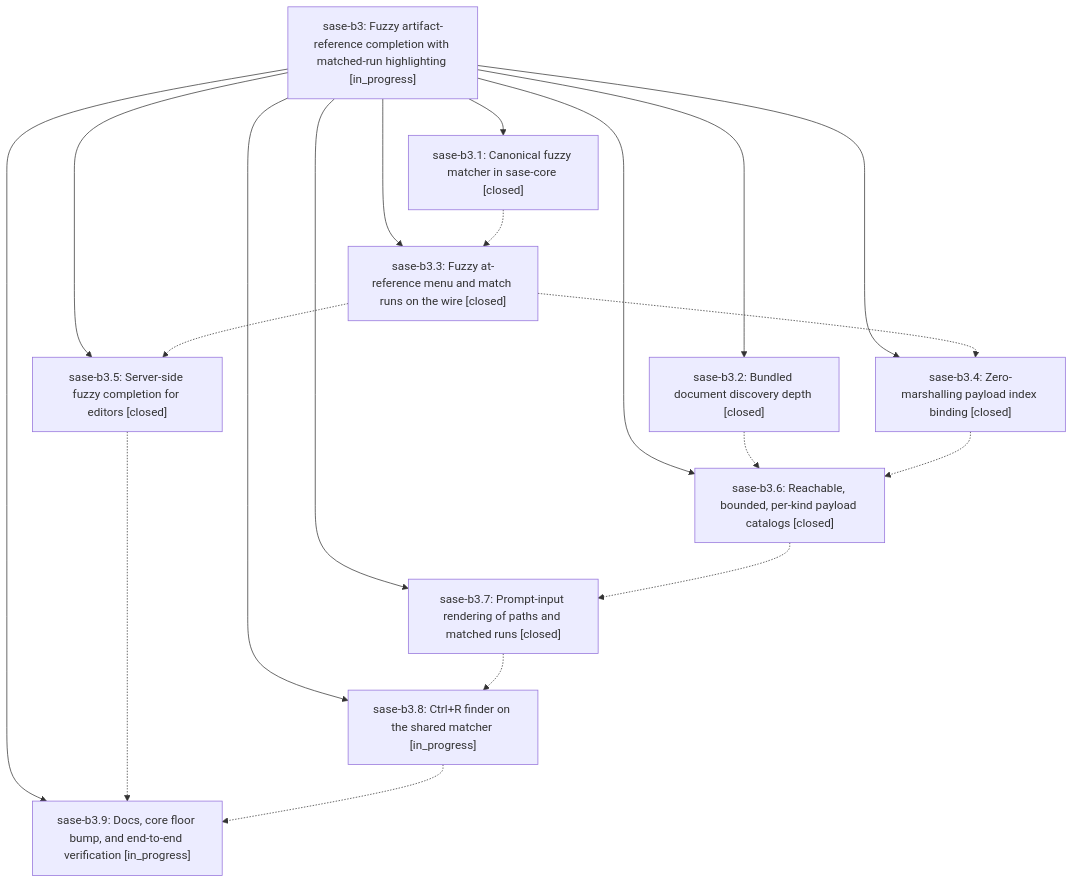
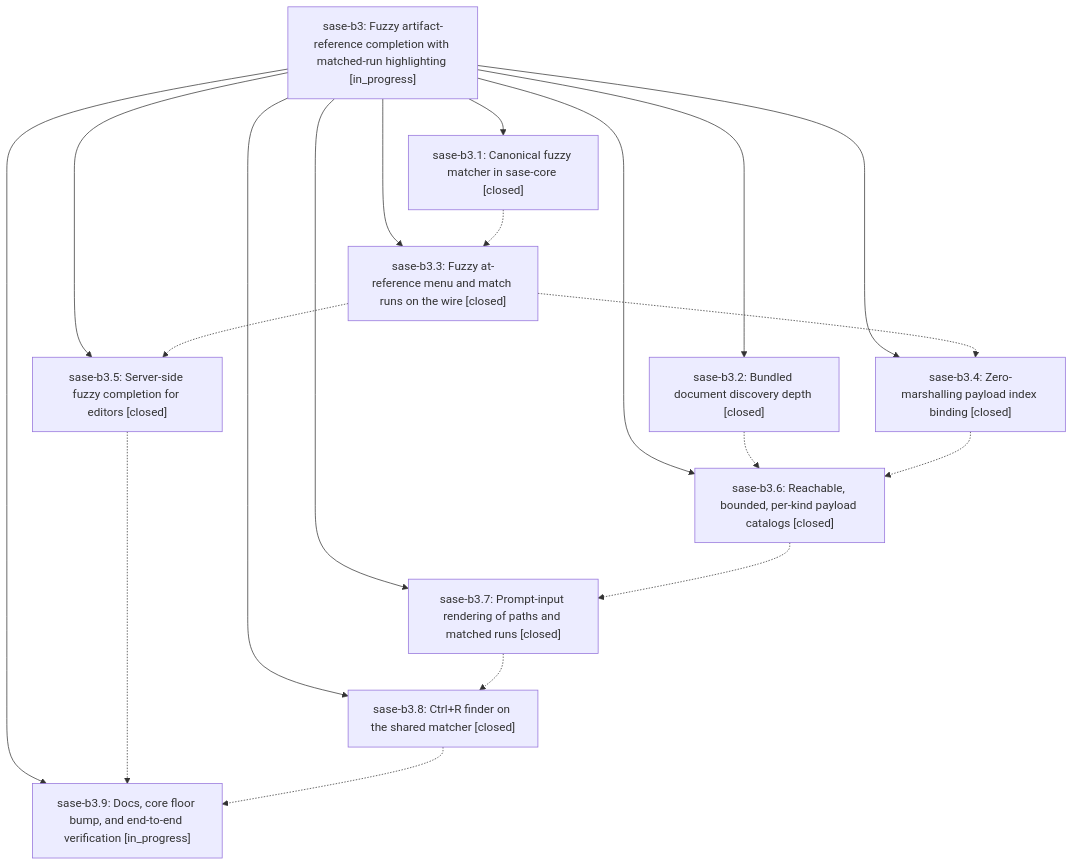
Before and after one commit to sase-org/sase--beads: the diagram in pages/sase-b3/README.md, drawn with Mermaid. The commit also changed other lines of this file and 3 other files, not shown here.

````diff
--- a/pages/sase-b3/README.md
+++ b/pages/sase-b3/README.md
@@ -30,31 +30,31 @@
 ```mermaid
 flowchart TD
     n0["sase-b3: Fuzzy artifact-reference completion with matched-run highlighting [in_progress]"]
     n1["sase-b3.1: Canonical fuzzy matcher in sase-core [closed]"]
     n2["sase-b3.2: Bundled document discovery depth [closed]"]
     n3["sase-b3.3: Fuzzy at-reference menu and match runs on the wire [closed]"]
     n4["sase-b3.4: Zero-marshalling payload index binding [closed]"]
     n5["sase-b3.5: Server-side fuzzy completion for editors [closed]"]
     n6["sase-b3.6: Reachable, bounded, per-kind payload catalogs [closed]"]
     n7["sase-b3.7: Prompt-input rendering of paths and matched runs [closed]"]
-    n8["sase-b3.8: Ctrl+R finder on the shared matcher [in_progress]"]
+    n8["sase-b3.8: Ctrl+R finder on the shared matcher [closed]"]
     n9["sase-b3.9: Docs, core floor bump, and end-to-end verification [in_progress]"]
     n0 --> n1
     n0 --> n2
     n0 --> n3
     n0 --> n4
     n0 --> n5
     n0 --> n6
     n0 --> n7
     n0 --> n8
     n0 --> n9
     n1 -.-> n3
     n2 -.-> n6
     n3 -.-> n4
     n3 -.-> n5
     n4 -.-> n6
     n5 -.-> n9
     n6 -.-> n7
     n7 -.-> n8
     n8 -.-> n9
 ```
````
